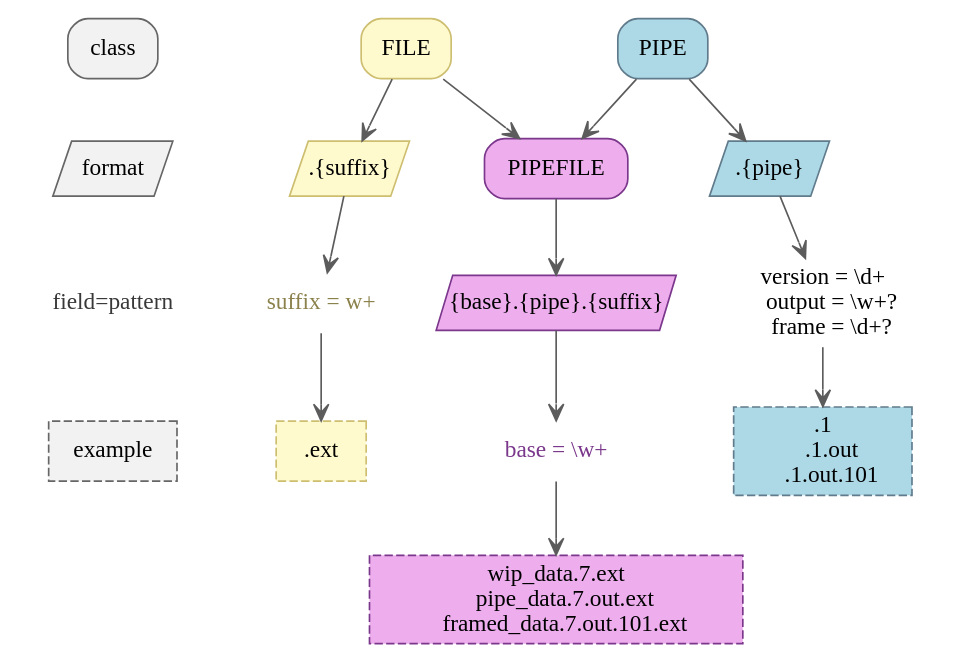
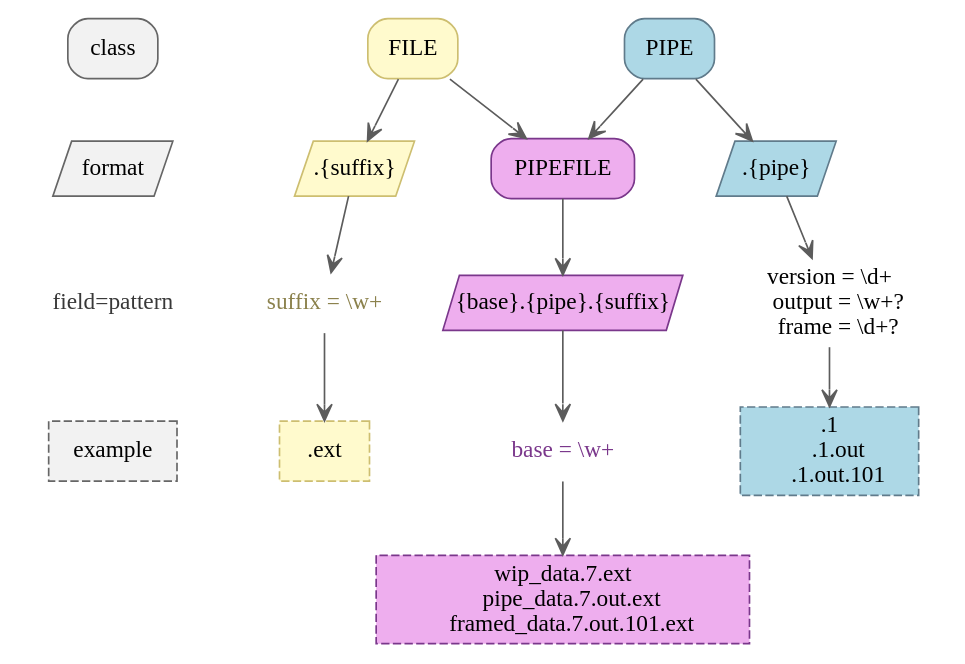
Before and after one commit to chrizzFTD/naming: the diagram in docs/source/overview.dot, drawn with Graphviz.

Commit message:
missing escape slash

```diff
--- a/docs/source/overview.dot
+++ b/docs/source/overview.dot
@@ -1,55 +1,55 @@
 strict digraph G {
     // nodes creation, shape and style defined here
     bgcolor=invis
     {
       node [style="rounded, filled" shape=box]
       class, FILE, PIPE, PIPEFILE
     }
     {
       node [style=filled margin=0 width=1 height=0.46 shape=polygon fixedsize=true skew=0.4]
       format, file_format, pipe_format, pipefile_format
     }
     {
       node [shape=none]
       patterns, file_patterns, pipe_patterns, pipefile_patterns
     }
     {
       node [style="dashed, filled" shape=box]
       example, file_example, pipe_example, pipefile_example
     }
     // connections, labels and color related updates by higher level groups
     subgraph legend {
         edge[style=invis]  // connect with invisible edges to emulate a legend
         class, format, example, patterns [color=gray40 fillcolor=gray95]
         patterns [label="field=pattern" fontcolor=gray22]
         class -> format -> patterns  -> example
     }
 
     FILE, file_format, file_example [color=lightgoldenrod3 fillcolor=lemonchiffon1]
     file_format [label=".{suffix}"]
     file_example [label=".ext"]
-    file_patterns [label="suffix = \w+" fontcolor=lightgoldenrod4]
+    // escape the inverse slash so generated image displays one
+    file_patterns [label="suffix = \\w+" fontcolor=lightgoldenrod4]
 
     PIPE, pipe_format, pipe_example [color=lightskyblue4 fillcolor=lightblue]
     pipe_format [label=".{pipe}"]
     pipe_example [label=".1
     .1.out
     .1.out.101"]
-    // escape the inverse slash so generated image displays one
     pipe_patterns [label="version = \\d+
     output = \\w+?
     frame = \\d+?"]
 
     PIPEFILE, pipefile_format, pipefile_example [color=mediumorchid4 fillcolor=plum2]
     pipefile_format [skew=0.15 width=2 label="{base}.{pipe}.{suffix}"]
     pipefile_example [label="wip_data.7.ext
     pipe_data.7.out.ext
     framed_data.7.out.101.ext"]
     pipefile_patterns [label="base = \\w+" fontcolor=mediumorchid4]
 
     edge [color=gray36 arrowhead="vee"]
     PIPE -> pipe_format -> pipe_patterns -> pipe_example
     FILE -> file_format -> file_patterns -> file_example
     PIPEFILE -> pipefile_format -> pipefile_patterns -> pipefile_example
     {PIPE, FILE} -> PIPEFILE
 }
```
